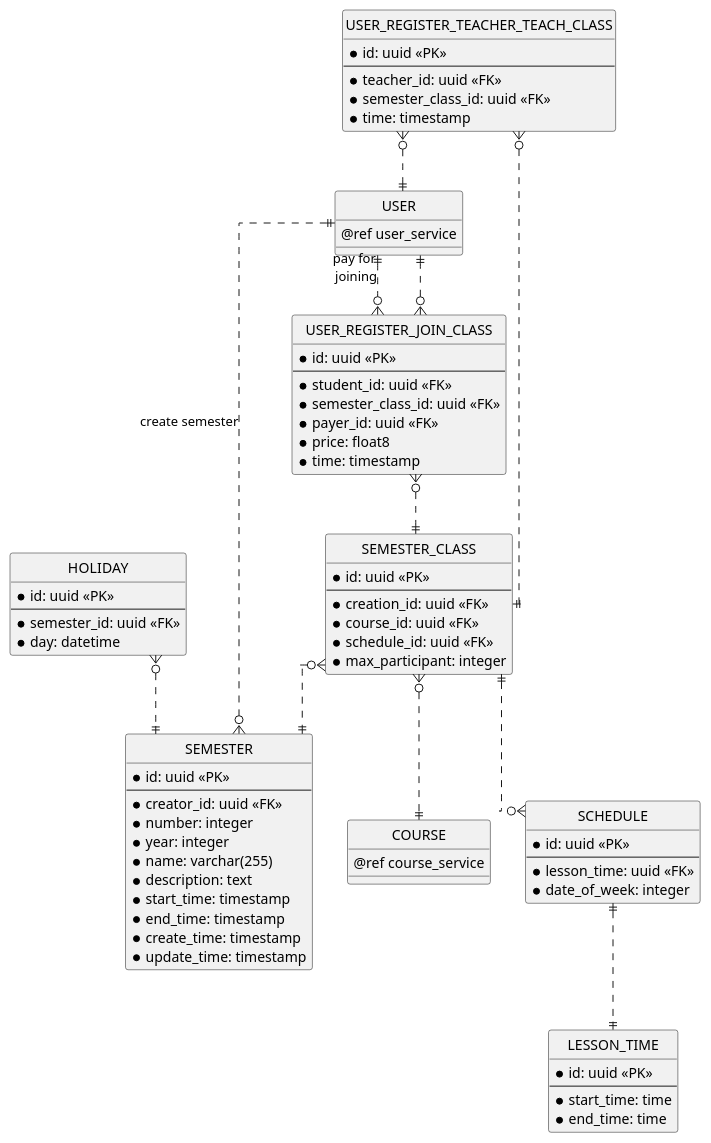
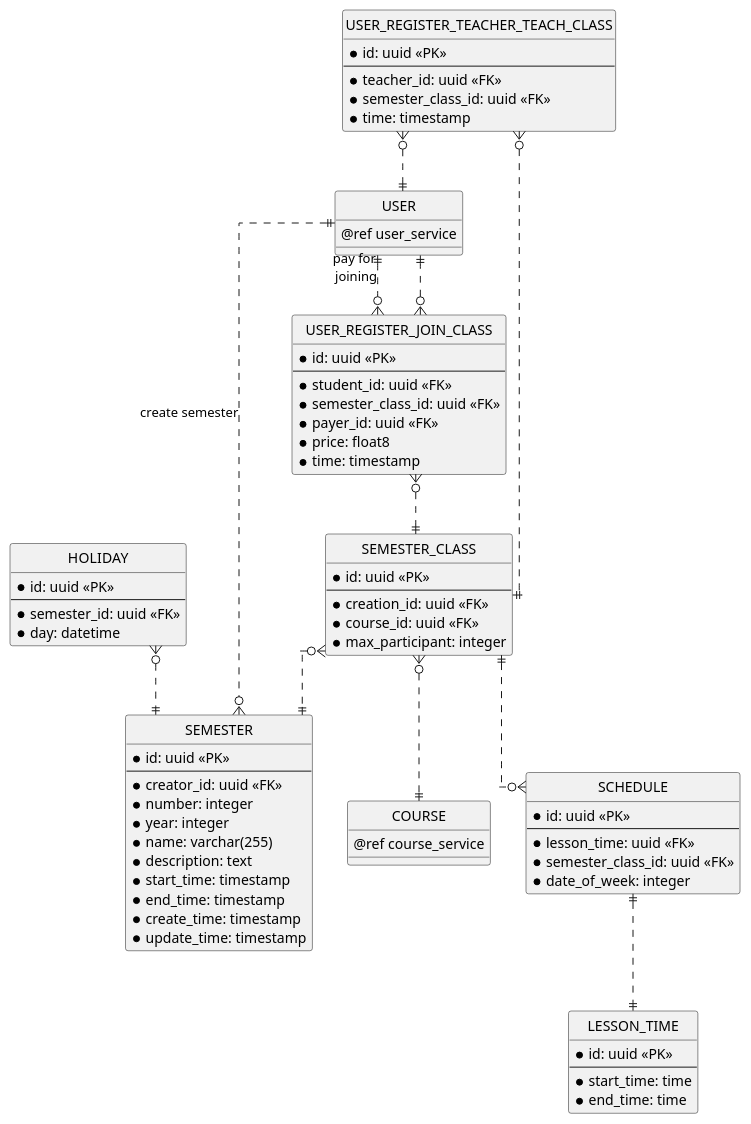
Before and after one commit to chungnguyenbkcse/ERD-USECASE-KIDSDRAWING: the fifth of 12 diagrams in erd.md, drawn with PlantUML. The commit also changed 1 other file, not shown here.

Commit message:
edit entity schedule

```diff
--- a/erd.md
+++ b/erd.md
@@ -288,7 +288,6 @@
     --
     * creation_id: uuid <<FK>>
     * course_id: uuid <<FK>>
-    * schedule_id: uuid <<FK>>
     * max_participant: integer
 }
 
@@ -296,6 +295,7 @@
     * id: uuid <<PK>>
     --
     * lesson_time: uuid <<FK>>
+    * semester_class_id: uuid <<FK>>
     * date_of_week: integer
 }
 
```
